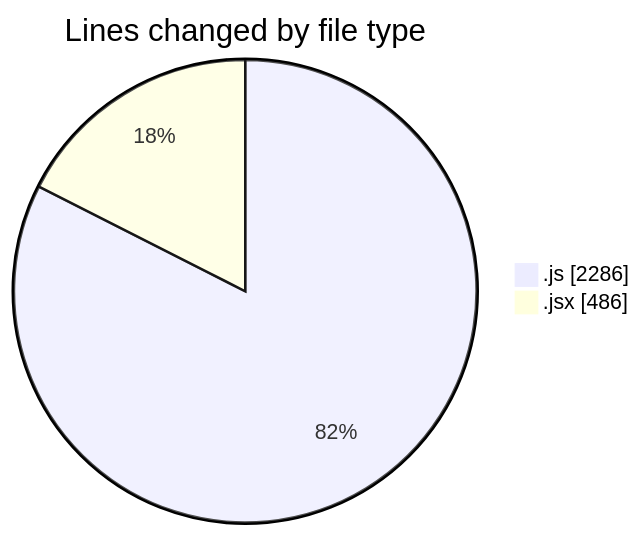
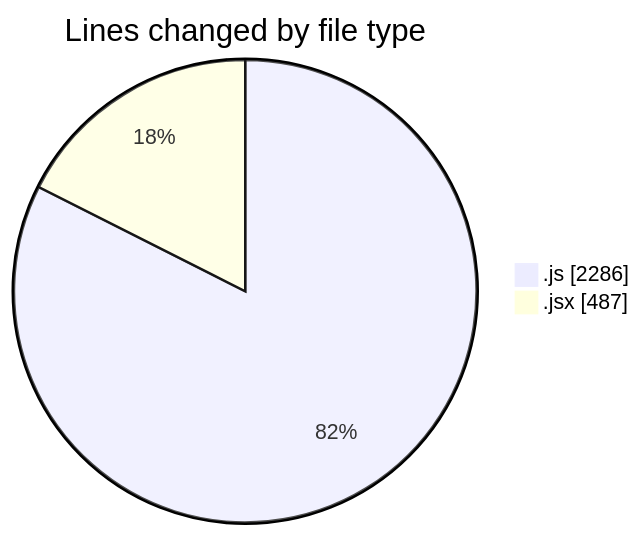
Before and after one commit to nxtqubesakshisongat/code-tracking: the first of 2 diagrams in 2025-07-27/nxtqube_webapp/README.md, drawn with Mermaid. The commit also changed other lines of this file and 1 other file, not shown here.

````diff
--- a/2025-07-27/nxtqube_webapp/README.md
+++ b/2025-07-27/nxtqube_webapp/README.md
@@ -24,6 +24,6 @@
 ```mermaid
 pie showData
 title Lines changed by file type
 ".js" : 2286
-".jsx" : 486
+".jsx" : 487
 ```
````
